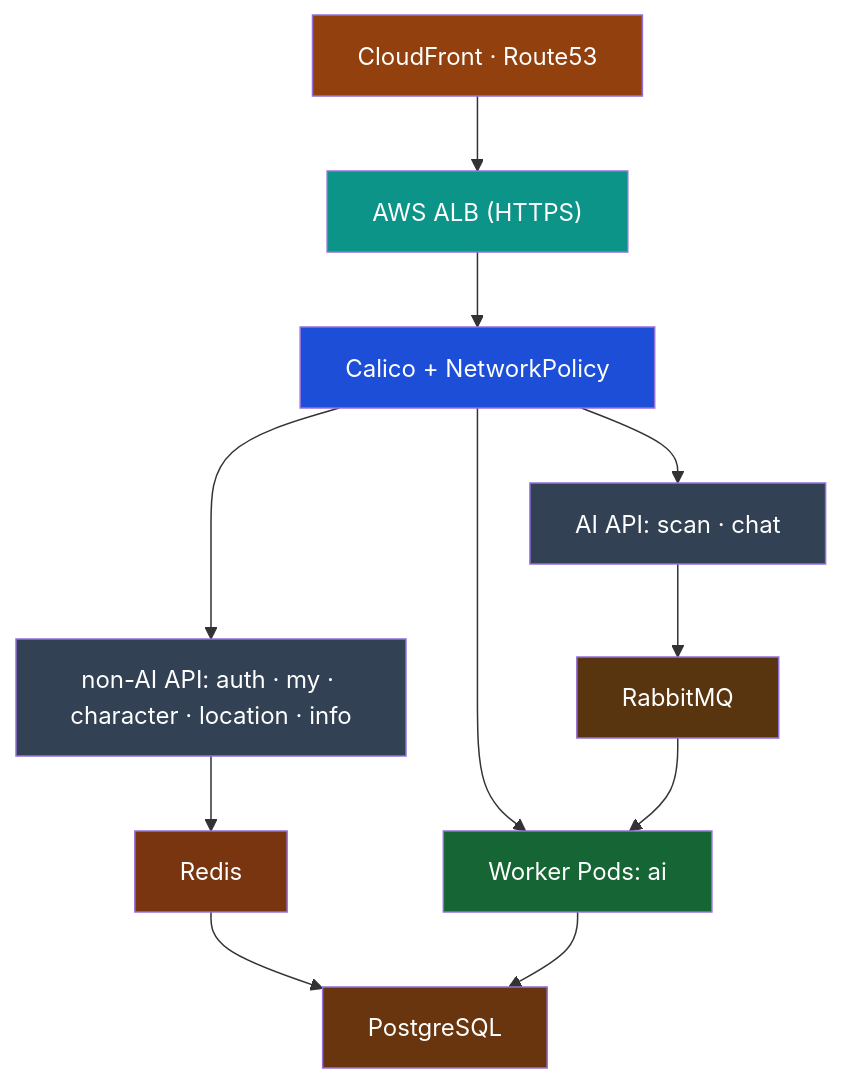
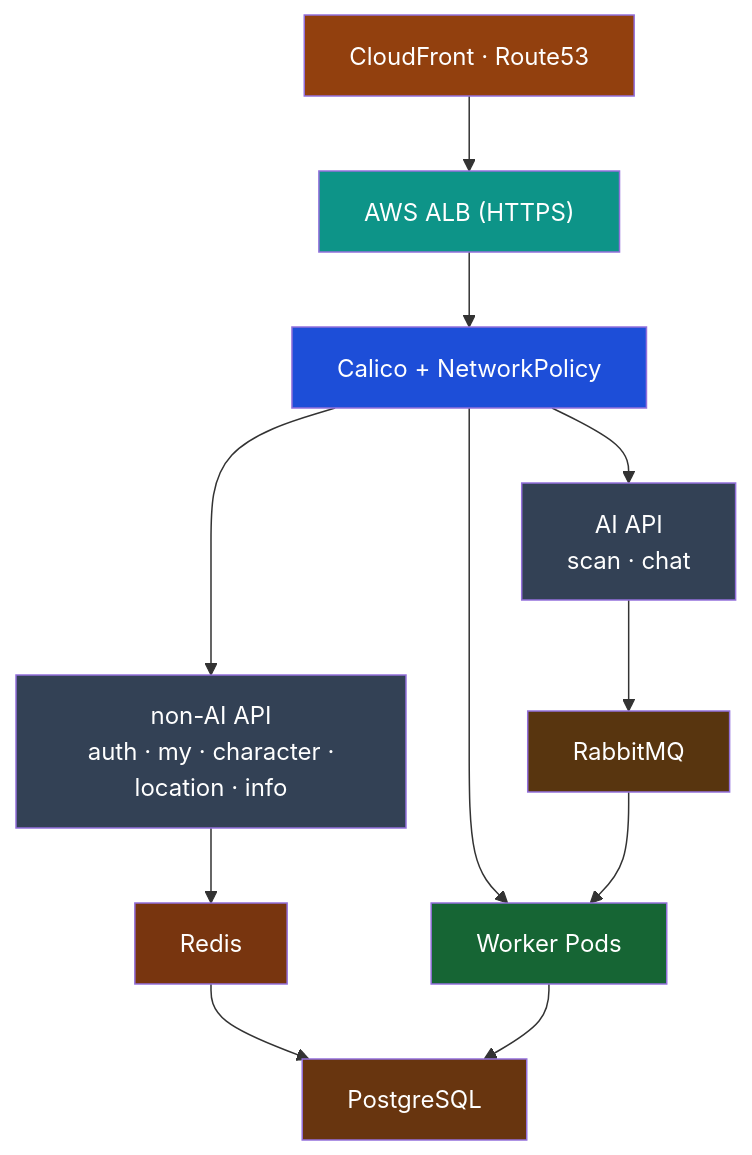
Before and after one commit to eco2-team/backend: the first of 2 diagrams in README.md, drawn with Mermaid.

````diff
--- a/README.md
+++ b/README.md
@@ -62,22 +62,22 @@
 ```mermaid
 graph TD
     CF["CloudFront · Route53"] --> ALB["AWS ALB (HTTPS)"]
     ALB --> CALICO["Calico + NetworkPolicy"]
-    CALICO --> APISYNC["API Pods: auth · my · character · location · info"]
-    CALICO --> APIAI["API Pods: scan · chat"]
+    CALICO --> APISYNC["API Pods<br> auth · my · character · location · info"]
+    CALICO --> APIAI["API Pods<br> scan · chat"]
     CALICO --> WORK["Worker Pods: ai"]
-    APISYNC["non-AI API: auth · my · character · location · info"] --> REDIS["Redis"]
+    APISYNC["non-AI API<br> auth · my · character · location · info"] --> REDIS["Redis"]
     REDIS["Redis"] --> POSTGRE["PostgreSQL"]
-    APIAI["AI API: scan · chat"] --> RABBITMQ["RabbitMQ"]
-    RABBITMQ["RabbitMQ"] --> WORK["Worker Pods: ai"]
-    WORK["Worker Pods: ai"] --> POSTGRE["PostgreSQL"]
+    APIAI["AI API<br> scan · chat"] --> RABBITMQ["RabbitMQ"]
+    RABBITMQ["RabbitMQ"] --> WORK["Worker Pods"]
+    WORK["Worker Pods"] --> POSTGRE["PostgreSQL"]
     style CF fill:#92400e,color:#fff
     style ALB fill:#0d9488,color:#fff
     style CALICO fill:#1d4ed8,color:#fff
     style APISYNC fill:#334155,color:#fff
     style APIAI fill:#334155,color:#fff
     style WORK fill:#166534,color:#fff
     style REDIS fill:#78350f,color:#fff
     style POSTGRE fill:#68350f,color:#fff
     style RABBITMQ fill:#58350f,color:#fff
 ```
````
